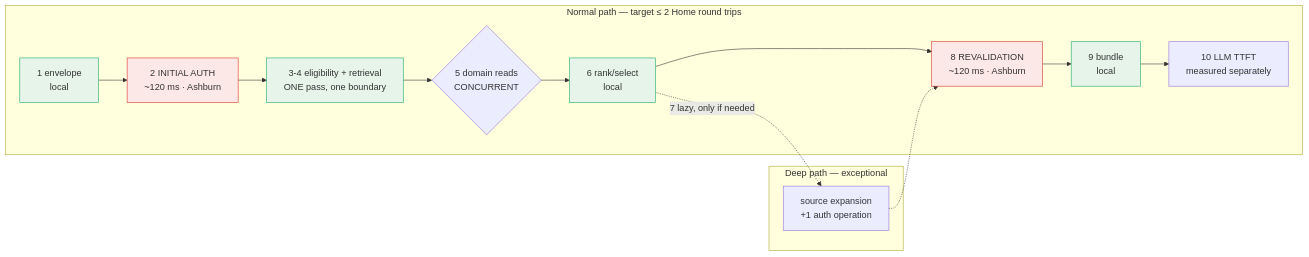
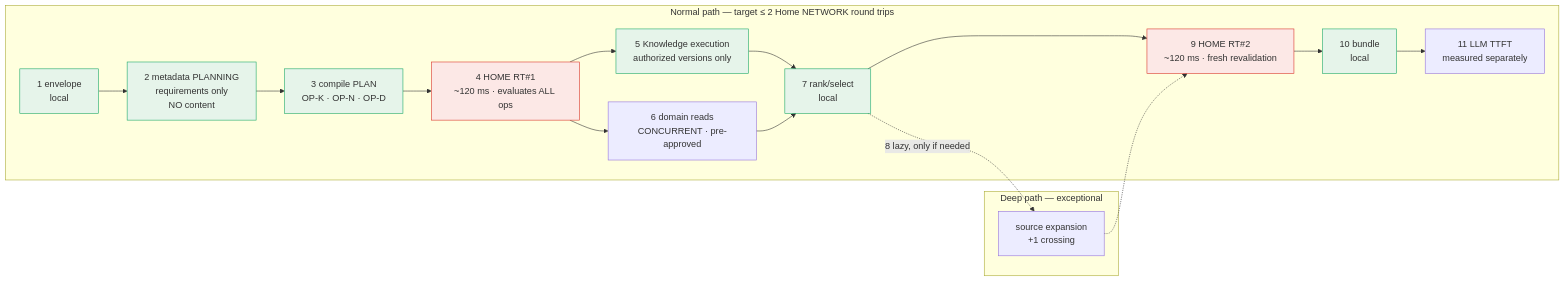
One commit to EKvargas/episteck_home changed the third of 3 diagrams in docs/architecture/proposals/KNOWLEDGE_B6_TRUSTED_RETRIEVAL.md. Above: the diagram before and after it, drawn with Mermaid. The commit also changed other lines of this file and 1 other file, not shown here.

First line of the commit message:
docs: reconcile Knowledge B6 ordering, batching and latency accounting

````diff
--- a/docs/architecture/proposals/KNOWLEDGE_B6_TRUSTED_RETRIEVAL.md
+++ b/docs/architecture/proposals/KNOWLEDGE_B6_TRUSTED_RETRIEVAL.md
@@ -799,19 +889,22 @@
 ```mermaid
 flowchart LR
-  subgraph N["Normal path — target ≤ 2 Home round trips"]
-    E["1 envelope<br/>local"] --> A1["2 INITIAL AUTH<br/>~120 ms · Ashburn"]
-    A1 --> P["3-4 eligibility + retrieval<br/>ONE pass, one boundary"]
-    P --> DOM{"5 domain reads<br/>CONCURRENT"}
-    DOM --> R["6 rank/select<br/>local"]
-    R --> A2["8 REVALIDATION<br/>~120 ms · Ashburn"]
-    A2 --> CB["9 bundle<br/>local"] --> M["10 LLM TTFT<br/>measured separately"]
+  subgraph N["Normal path — target ≤ 2 Home NETWORK round trips"]
+    E["1 envelope<br/>local"] --> MP["2 metadata PLANNING<br/>requirements only<br/>NO content"]
+    MP --> PL["3 compile PLAN<br/>OP-K · OP-N · OP-D"]
+    PL --> A1["4 HOME RT#1<br/>~120 ms · evaluates ALL ops"]
+    A1 --> K["5 Knowledge execution<br/>authorized versions only"]
+    A1 --> DOM["6 domain reads<br/>CONCURRENT · pre-approved"]
+    K --> R["7 rank/select<br/>local"]
+    DOM --> R
+    R --> A2["9 HOME RT#2<br/>~120 ms · fresh revalidation"]
+    A2 --> CB["10 bundle<br/>local"] --> M["11 LLM TTFT<br/>measured separately"]
   end
   subgraph D["Deep path — exceptional"]
-    R -. "7 lazy, only if needed" .-> SX["source expansion<br/>+1 auth operation"]
+    R -. "8 lazy, only if needed" .-> SX["source expansion<br/>+1 crossing"]
     SX -.-> A2
   end
   classDef hot fill:#fce8e6,stroke:#d93025;
   classDef loc fill:#e6f4ea,stroke:#16a765;
   class A1,A2 hot;
-  class E,P,R,CB loc;
+  class E,MP,PL,K,R,CB loc;
 ```
````
